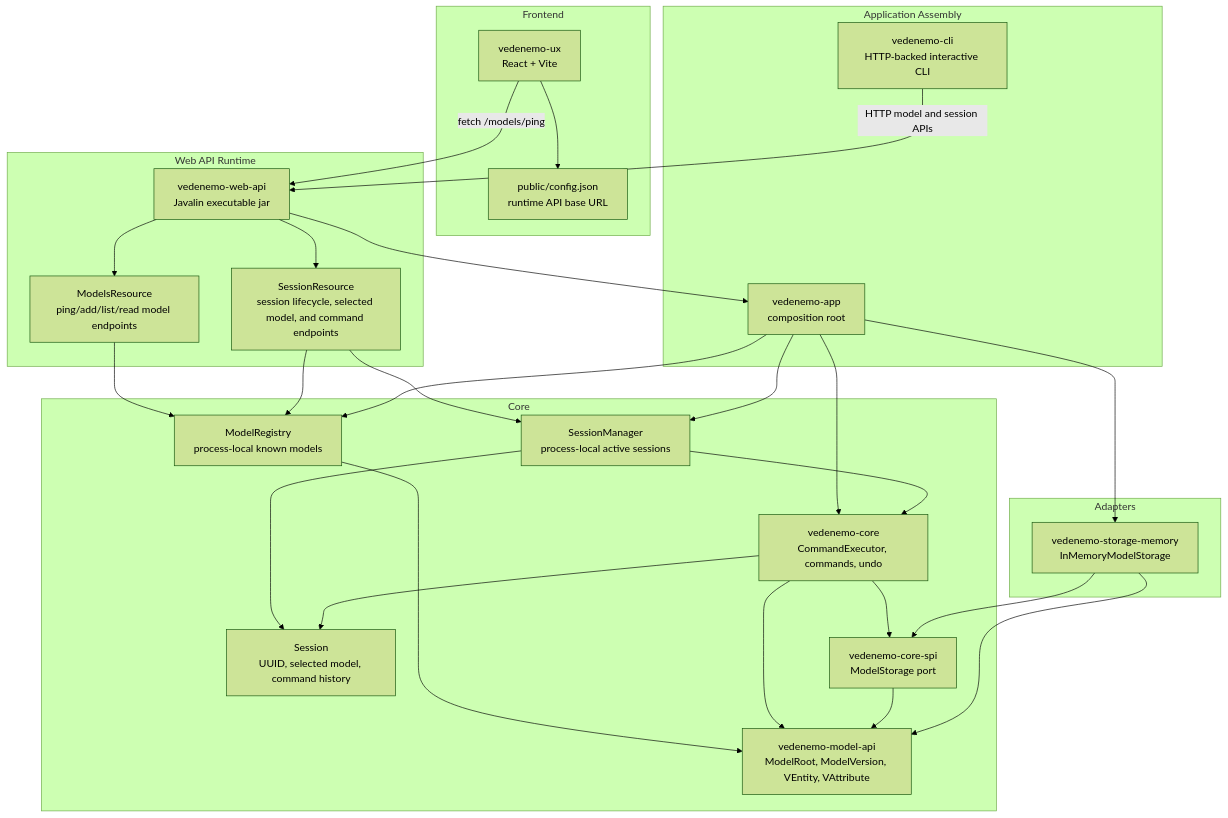
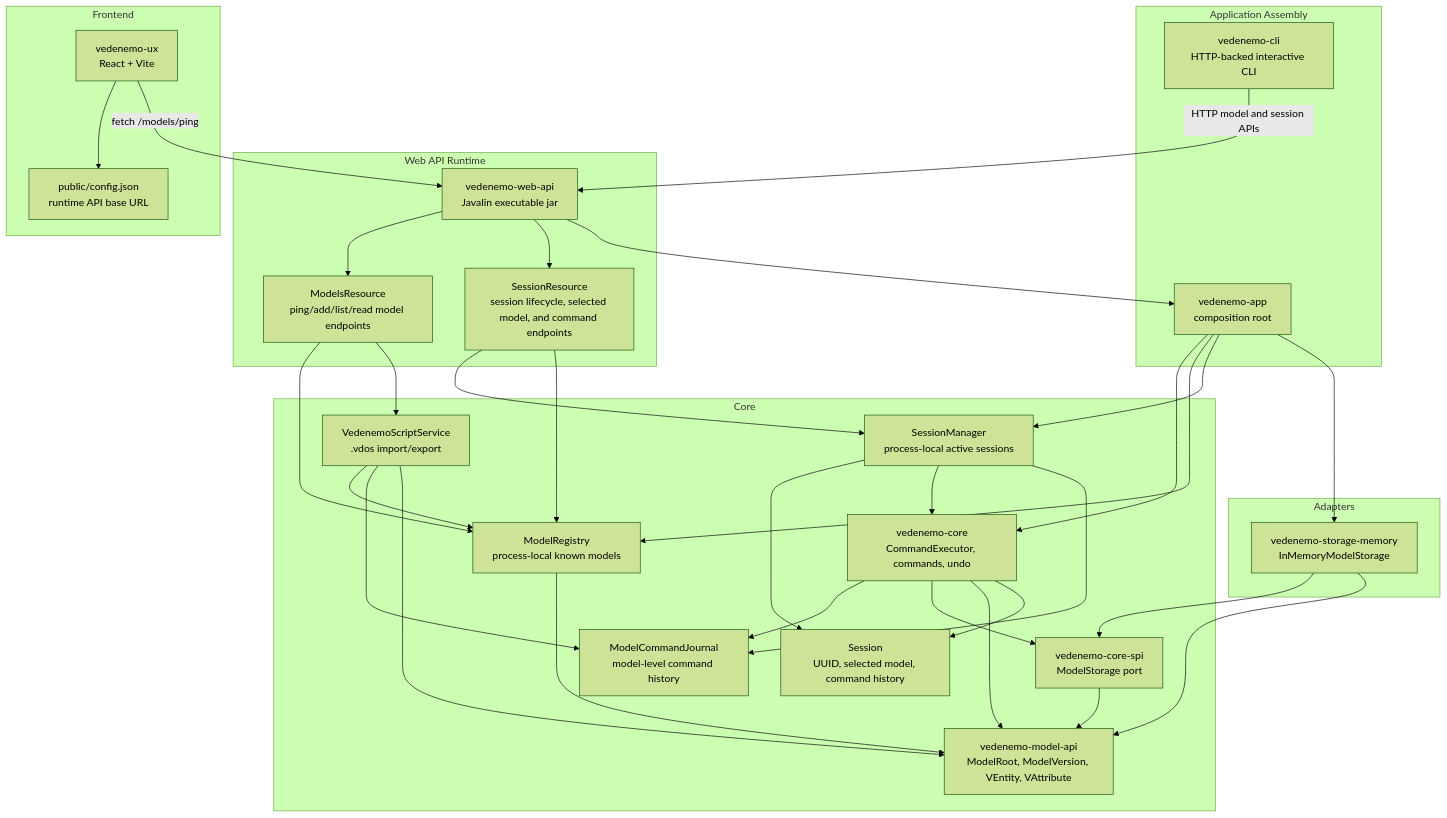
One commit to VedenemoDev/VedenemoMonorepo changed the first of 7 diagrams in docs/architecture_doc.md. Above: the diagram before and after it, drawn with Mermaid (forest theme). The commit also changed other lines of this file and 21 other files, not shown here.

First line of the commit message:
Add Vedenemo script save and load

````diff
--- a/docs/architecture_doc.md
+++ b/docs/architecture_doc.md
@@ -14,55 +14,63 @@
 ```mermaid
 flowchart TB
 
 subgraph UX["Frontend"]
     ViteUX["vedenemo-ux<br/>React + Vite"]
     RuntimeConfig["public/config.json<br/>runtime API base URL"]
 end
 
 subgraph Web["Web API Runtime"]
     WebApi["vedenemo-web-api<br/>Javalin executable jar"]
     ModelsResource["ModelsResource<br/>ping/add/list/read model endpoints"]
     SessionResource["SessionResource<br/>session lifecycle, selected model, and command endpoints"]
 end
 
 subgraph App["Application Assembly"]
     AppRoot["vedenemo-app<br/>composition root"]
     Cli["vedenemo-cli<br/>HTTP-backed interactive CLI"]
 end
 
 subgraph Core["Core"]
     CoreModule["vedenemo-core<br/>CommandExecutor, commands, undo"]
+    ScriptService["VedenemoScriptService<br/>.vdos import/export"]
+    CommandJournal["ModelCommandJournal<br/>model-level command history"]
     SessionManager["SessionManager<br/>process-local active sessions"]
     Session["Session<br/>UUID, selected model, command history"]
     ModelRegistry["ModelRegistry<br/>process-local known models"]
     Spi["vedenemo-core-spi<br/>ModelStorage port"]
     ModelApi["vedenemo-model-api<br/>ModelRoot, ModelVersion, VEntity, VAttribute"]
 end
 
 subgraph Adapters["Adapters"]
     MemoryStorage["vedenemo-storage-memory<br/>InMemoryModelStorage"]
 end
 
 ViteUX --> RuntimeConfig
 ViteUX -->|fetch /models/ping| WebApi
 Cli -->|HTTP model and session APIs| WebApi
 WebApi --> ModelsResource
 WebApi --> SessionResource
 WebApi --> AppRoot
 ModelsResource --> ModelRegistry
+ModelsResource --> ScriptService
 SessionResource --> SessionManager
 SessionResource --> ModelRegistry
 AppRoot --> CoreModule
 AppRoot --> ModelRegistry
 AppRoot --> SessionManager
 AppRoot --> MemoryStorage
 SessionManager --> Session
 SessionManager --> CoreModule
+SessionManager --> CommandJournal
+CoreModule --> CommandJournal
+ScriptService --> ModelRegistry
+ScriptService --> CommandJournal
+ScriptService --> ModelApi
 ModelRegistry --> ModelApi
 CoreModule --> Spi
 CoreModule --> ModelApi
 CoreModule --> Session
 Spi --> ModelApi
 MemoryStorage --> Spi
 MemoryStorage --> ModelApi
 ```
````
